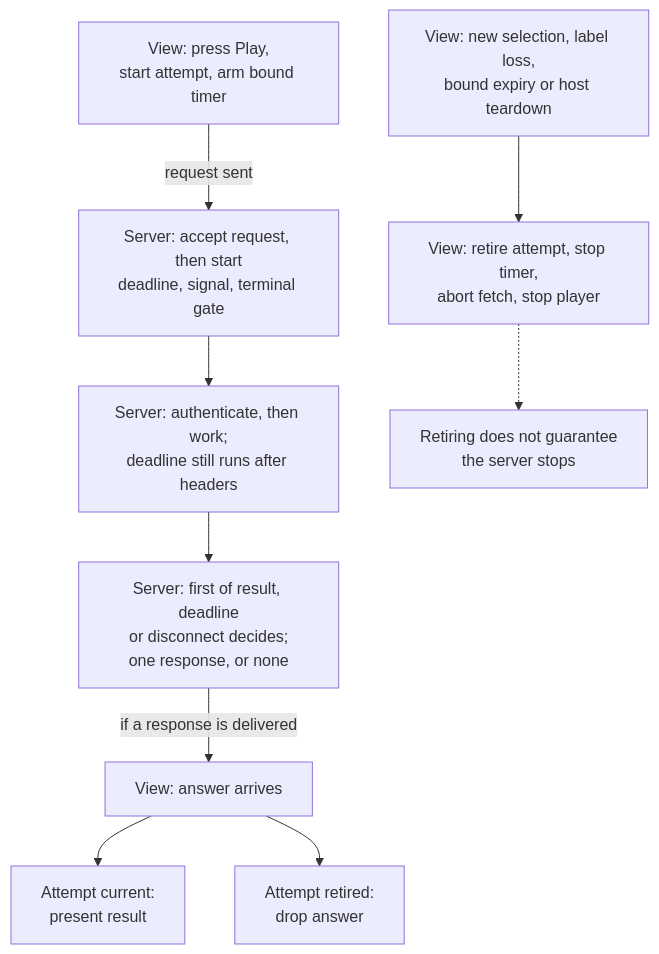
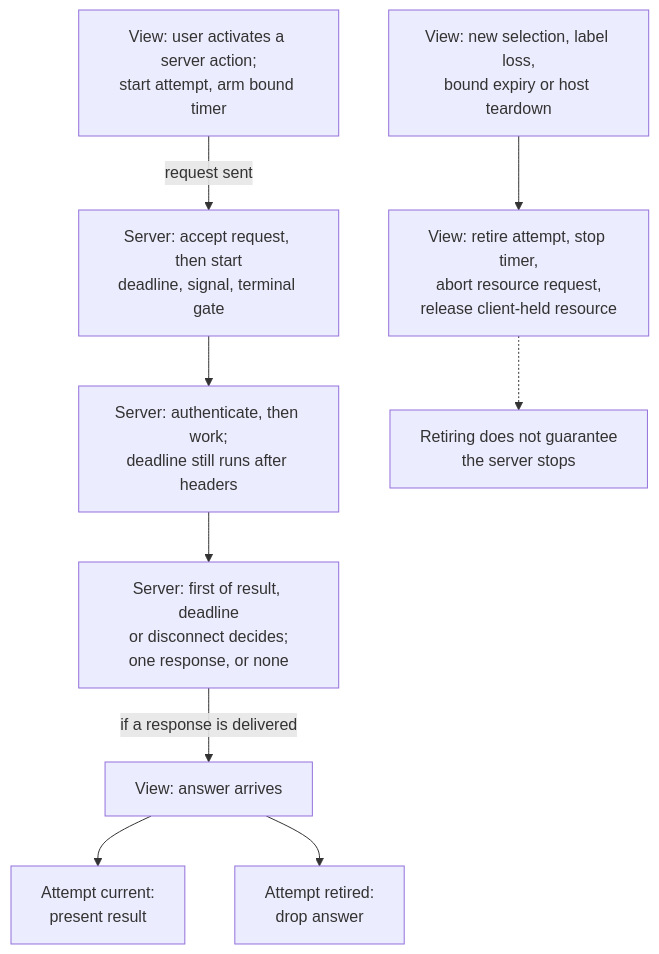
The diagram in diagrams/request-view-lifetimes.mmd (MachineWisdomAI/saga-a2ui), drawn with Mermaid before and after one commit. The commit also changed 8 other files, not shown here.

First line of the commit message:
docs: describe lifetimes and connector designs with server and client actions

```diff
--- a/diagrams/request-view-lifetimes.mmd
+++ b/diagrams/request-view-lifetimes.mmd
@@ -1,19 +1,19 @@
 graph TD
-  V1["View: press Play,<br/>start attempt, arm bound timer"]
+  V1["View: user activates a server action;<br/>start attempt, arm bound timer"]
   S1["Server: accept request, then start<br/>deadline, signal, terminal gate"]
   S2["Server: authenticate, then work;<br/>deadline still runs after headers"]
   S3["Server: first of result, deadline<br/>or disconnect decides;<br/>one response, or none"]
   V2["View: answer arrives"]
   V3["Attempt current:<br/>present result"]
   V4["Attempt retired:<br/>drop answer"]
   T["View: new selection, label loss,<br/>bound expiry or host teardown"]
-  V5["View: retire attempt, stop timer,<br/>abort fetch, stop player"]
+  V5["View: retire attempt, stop timer,<br/>abort resource request,<br/>release client-held resource"]
   N["Retiring does not guarantee<br/>the server stops"]
   V1 -->|request sent| S1
   S1 --> S2
   S2 --> S3
   S3 -->|if a response is delivered| V2
   V2 --> V3
   V2 --> V4
   T --> V5
   V5 -.-> N
```
